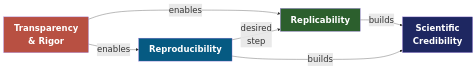
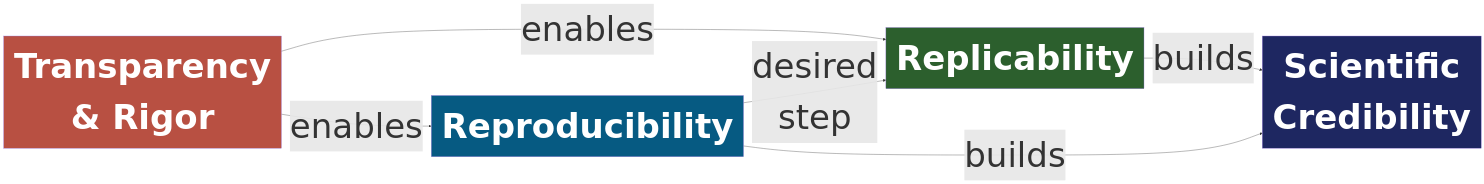
Before and after one commit to AndresLaverdeMarin/research_reproducibility: the first of 3 diagrams in slides/slides.qmd, drawn with Mermaid. The commit also changed other lines of this file and 6 other files, not shown here.

````diff
--- a/slides/slides.qmd
+++ b/slides/slides.qmd
@@ -119,14 +120,15 @@
 ```{mermaid}
-%%{init: {'theme': 'default', 'themeVariables': {'fontSize': '25px', 'fontFamily': 'arial', 'nodeSpacing': 60, 'rankSpacing': 80}}}%%
+%%{init: {'theme': 'default', 'themeVariables': {'fontSize': '100px'}}}%%
+
 flowchart LR
     T["Transparency<br/>& Rigor"] -->|enables| R["Reproducibility"]
     T -->|enables| RE["Replicability"]
     R -->|"desired<br/>step"| RE
     RE -->|"builds"| C["Scientific<br/>Credibility"]
     R -->|"builds"| C
 
     style T fill:#B85042,color:white,font-weight:bold
     style R fill:#065A82,color:white,font-weight:bold
     style RE fill:#2C5F2D,color:white,font-weight:bold
     style C fill:#1E2761,color:white,font-weight:bold
 ```
````
